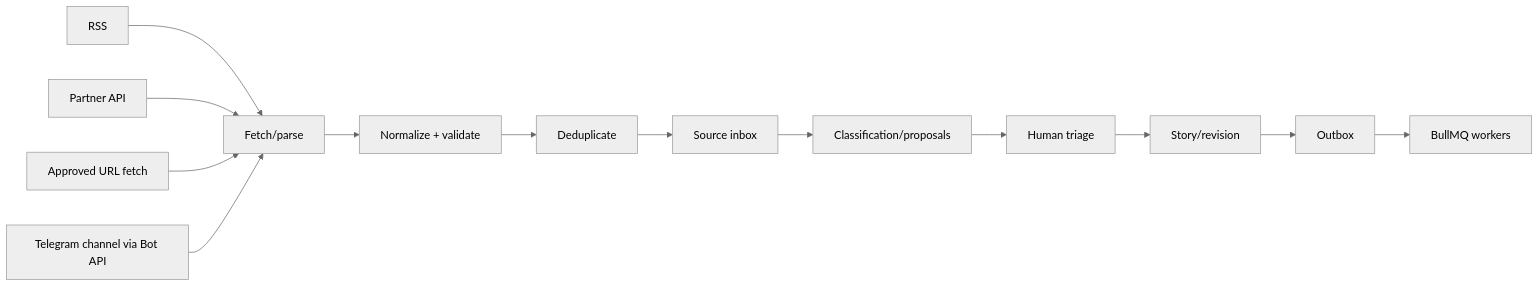
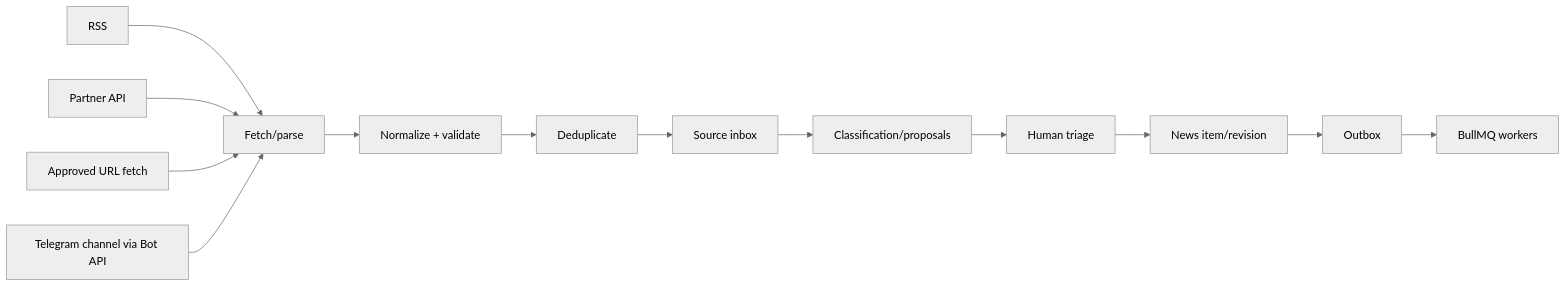
One commit to Cipher-Text/fact-lens changed the diagram in docs/08-ingestion-and-automation.md. Above: the diagram before and after it, drawn with Mermaid (neutral theme). The commit also changed other lines of this file and 103 other files, not shown here.

First line of the commit message:
Rename the domain word from "story" to "news"

````diff
--- a/docs/08-ingestion-and-automation.md
+++ b/docs/08-ingestion-and-automation.md
@@ -5,15 +5,15 @@
 ```mermaid
 flowchart LR
   RSS[RSS] --> FETCH[Fetch/parse]
   APIIN[Partner API] --> FETCH
   URL[Approved URL fetch] --> FETCH
   TG[Telegram channel via Bot API] --> FETCH
   FETCH --> NORM[Normalize + validate]
   NORM --> DEDUP[Deduplicate]
   DEDUP --> INBOX[Source inbox]
   INBOX --> CLASS[Classification/proposals]
   CLASS --> HUMAN[Human triage]
-  HUMAN --> STORY[Story/revision]
+  HUMAN --> STORY[News item/revision]
   STORY --> OUTBOX[Outbox]
   OUTBOX --> JOBS[BullMQ workers]
 ```
````
